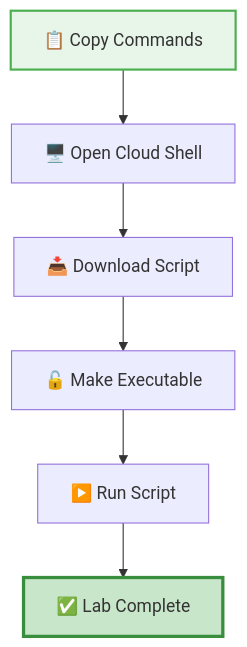
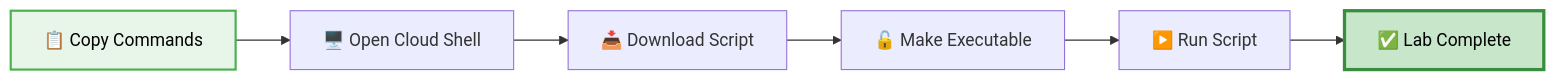
Before and after one commit to theeccentriccoder01/Google-Arcade-Labs-EduLinkUp1: the second of 4 diagrams in APIs Explorer- App Engine/EduLinkUp.md, drawn with Mermaid. The commit also changed other lines of this file, not shown here.

````diff
--- a/APIs Explorer- App Engine/EduLinkUp.md
+++ b/APIs Explorer- App Engine/EduLinkUp.md
@@ -38,11 +69,11 @@
 ```mermaid
-graph TD
+graph LR
     A[📋 Copy Commands] --> B[🖥️ Open Cloud Shell]
     B --> C[📥 Download Script]
     C --> D[🔓 Make Executable]
     D --> E[▶️ Run Script]
     E --> F[✅ Lab Complete]
     
-    style A fill:#E8F5E9,stroke:#4CAF50,stroke-width:2px
-    style F fill:#C8E6C9,stroke:#388E3C,stroke-width:3px
+    style A fill:#E8F5E9,stroke:#4CAF50,stroke-width:2px,color:#000
+    style F fill:#C8E6C9,stroke:#388E3C,stroke-width:3px,color:#000
 ```
````
